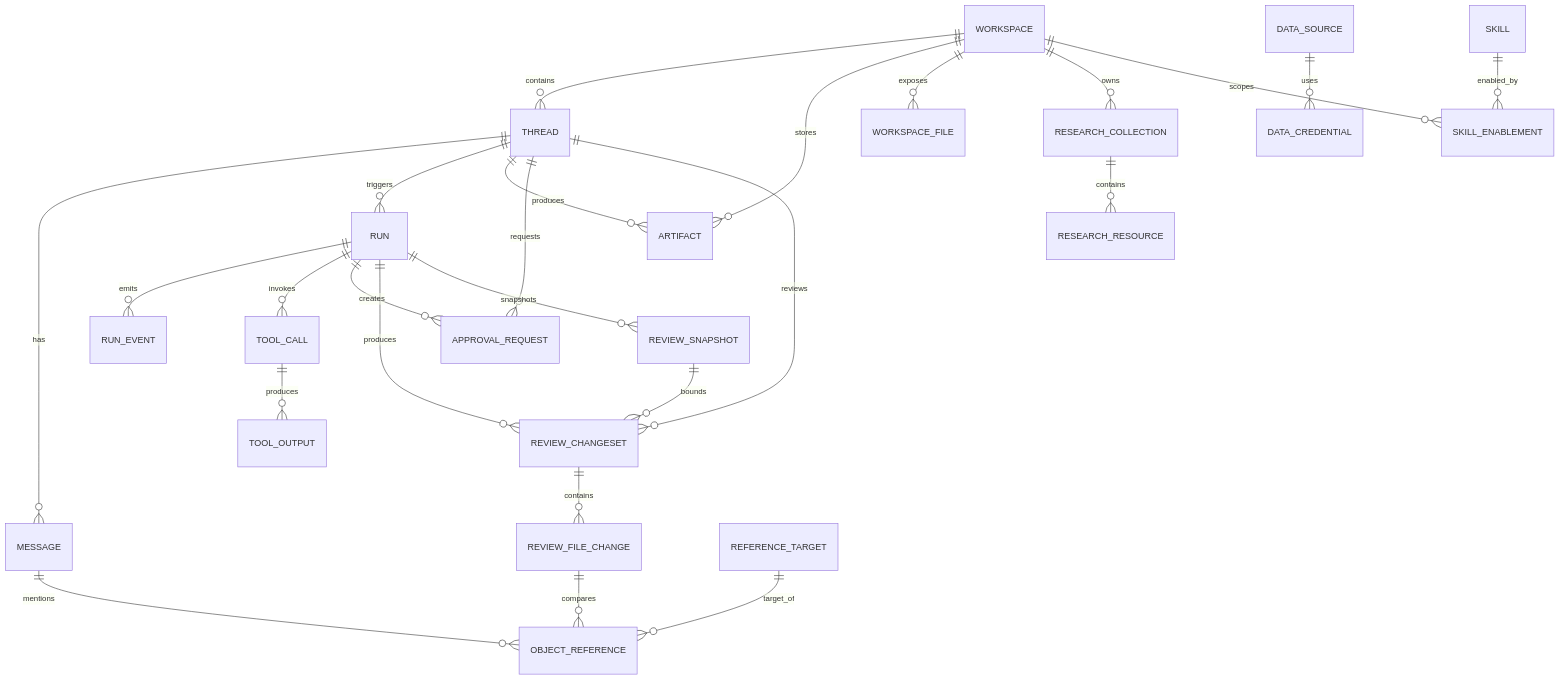
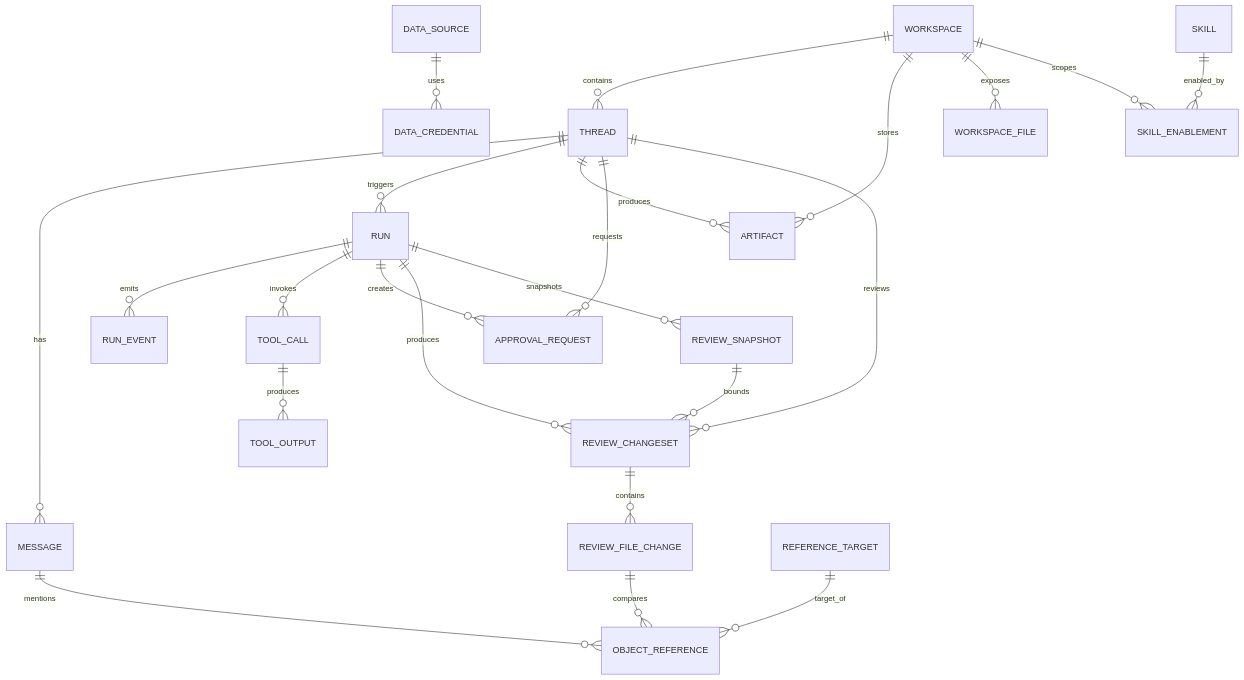
Before and after one commit to futuregene/future-os: the diagram in gui/DEV_MD/ER.md, drawn with Mermaid. The commit also changed other lines of this file and 31 other files, not shown here.

````diff
--- a/gui/DEV_MD/ER.md
+++ b/gui/DEV_MD/ER.md
@@ -21,33 +21,30 @@
 ```mermaid
 erDiagram
     WORKSPACE ||--o{ THREAD : contains
     WORKSPACE ||--o{ ARTIFACT : stores
     WORKSPACE ||--o{ WORKSPACE_FILE : exposes
-    WORKSPACE ||--o{ RESEARCH_COLLECTION : owns
 
     THREAD ||--o{ MESSAGE : has
     THREAD ||--o{ RUN : triggers
     THREAD ||--o{ ARTIFACT : produces
     THREAD ||--o{ APPROVAL_REQUEST : requests
     THREAD ||--o{ REVIEW_CHANGESET : reviews
 
     RUN ||--o{ RUN_EVENT : emits
     RUN ||--o{ TOOL_CALL : invokes
     RUN ||--o{ APPROVAL_REQUEST : creates
     RUN ||--o{ REVIEW_CHANGESET : produces
     RUN ||--o{ REVIEW_SNAPSHOT : snapshots
     TOOL_CALL ||--o{ TOOL_OUTPUT : produces
 
     REVIEW_CHANGESET ||--o{ REVIEW_FILE_CHANGE : contains
     REVIEW_SNAPSHOT ||--o{ REVIEW_CHANGESET : bounds
 
-    RESEARCH_COLLECTION ||--o{ RESEARCH_RESOURCE : contains
-
     DATA_SOURCE ||--o{ DATA_CREDENTIAL : uses
     SKILL ||--o{ SKILL_ENABLEMENT : enabled_by
     WORKSPACE ||--o{ SKILL_ENABLEMENT : scopes
 
     REFERENCE_TARGET ||--o{ OBJECT_REFERENCE : target_of
     MESSAGE ||--o{ OBJECT_REFERENCE : mentions
     REVIEW_FILE_CHANGE ||--o{ OBJECT_REFERENCE : compares
 ```
````
